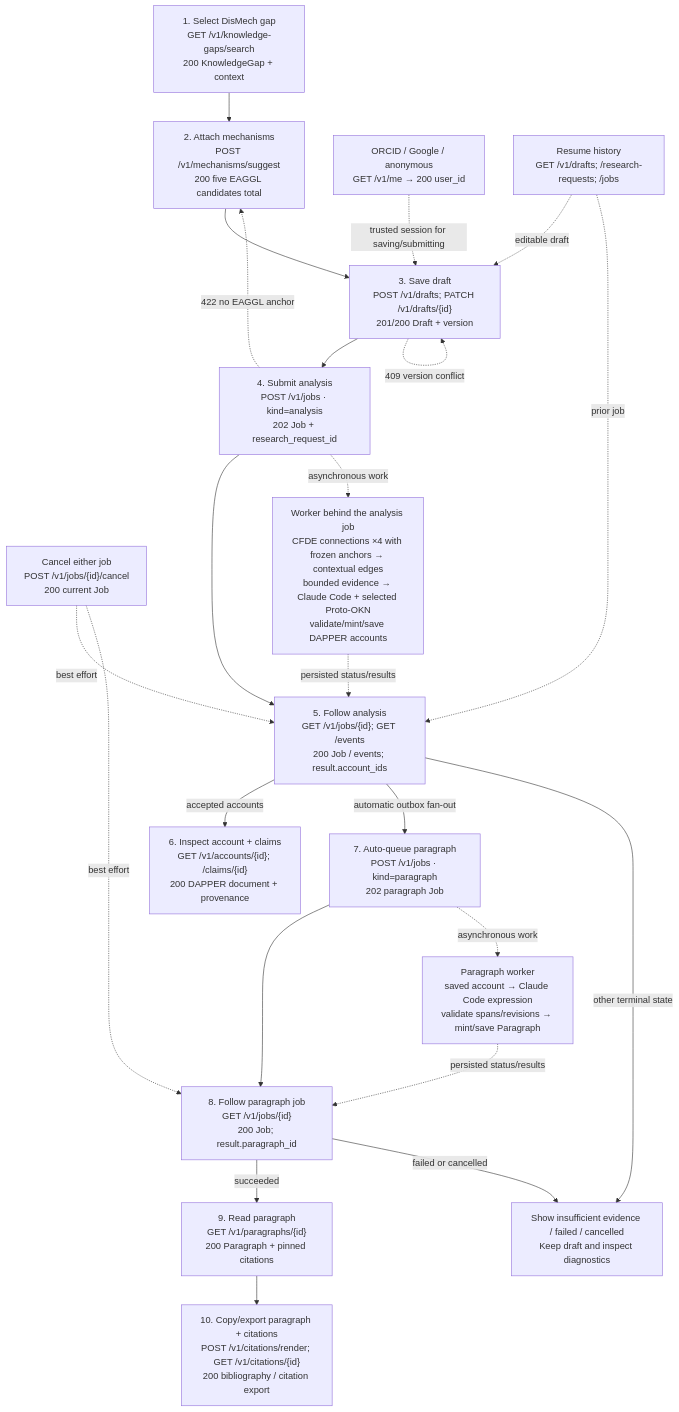
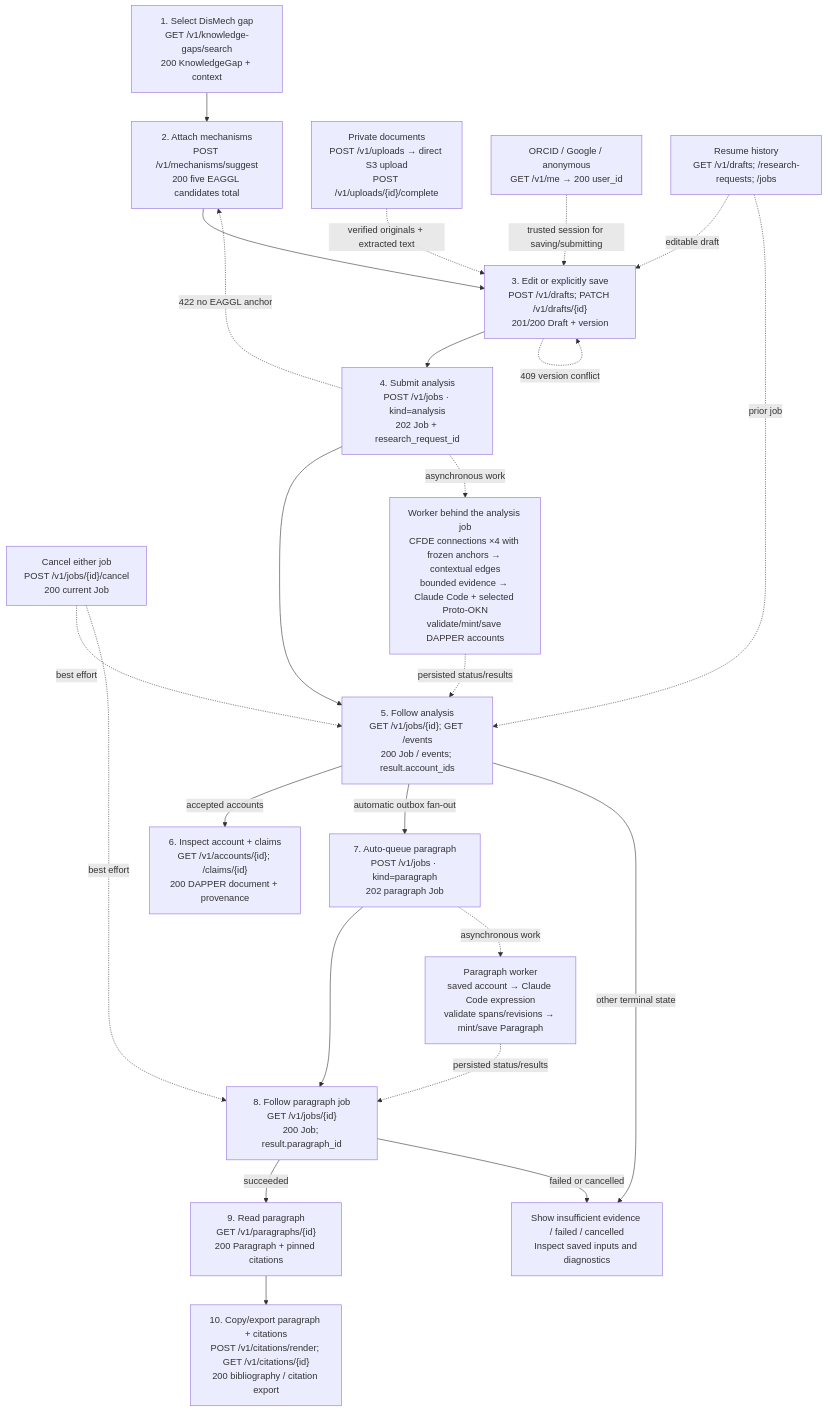
One commit to yakaboskic/reveal-mechanisms changed the diagram in api/flow.md. Above: the diagram before and after it, drawn with Mermaid. The commit also changed other lines of this file and 175 other files, not shown here.

````diff
--- a/api/flow.md
+++ b/api/flow.md
@@ -7,33 +7,34 @@
 ```mermaid
 flowchart TB
   G["1. Select DisMech gap<br/>GET /v1/knowledge-gaps/search<br/>200 KnowledgeGap + context"]
   M["2. Attach mechanisms<br/>POST /v1/mechanisms/suggest<br/>200 five EAGGL candidates total"]
-  D["3. Save draft<br/>POST /v1/drafts; PATCH /v1/drafts/{id}<br/>201/200 Draft + version"]
+  D["3. Edit or explicitly save<br/>POST /v1/drafts; PATCH /v1/drafts/{id}<br/>201/200 Draft + version"]
   A["4. Submit analysis<br/>POST /v1/jobs · kind=analysis<br/>202 Job + research_request_id"]
   J["5. Follow analysis<br/>GET /v1/jobs/{id}; GET /events<br/>200 Job / events; result.account_ids"]
   S["6. Inspect account + claims<br/>GET /v1/accounts/{id}; /claims/{id}<br/>200 DAPPER document + provenance"]
   P["7. Auto-queue paragraph<br/>POST /v1/jobs · kind=paragraph<br/>202 paragraph Job"]
   Q["8. Follow paragraph job<br/>GET /v1/jobs/{id}<br/>200 Job; result.paragraph_id"]
   T["9. Read paragraph<br/>GET /v1/paragraphs/{id}<br/>200 Paragraph + pinned citations"]
   C["10. Copy/export paragraph + citations<br/>POST /v1/citations/render; GET /v1/citations/{id}<br/>200 bibliography / citation export"]
+  U["Private documents<br/>POST /v1/uploads → direct S3 upload<br/>POST /v1/uploads/{id}/complete"] -. verified originals + extracted text .-> D
   G --> M --> D --> A --> J
   J -->|accepted accounts| S
   J -->|automatic outbox fan-out| P --> Q
   Q -->|succeeded| T --> C
   I["ORCID / Google / anonymous<br/>GET /v1/me → 200 user_id"] -. trusted session for saving/submitting .-> D
   H["Resume history<br/>GET /v1/drafts; /research-requests; /jobs"] -. editable draft .-> D
   H -. prior job .-> J
   D -. 409 version conflict .-> D
   A -. 422 no EAGGL anchor .-> M
   X["Cancel either job<br/>POST /v1/jobs/{id}/cancel<br/>200 current Job"] -. best effort .-> J
   X -. best effort .-> Q
-  F["Show insufficient evidence / failed / cancelled<br/>Keep draft and inspect diagnostics"]
+  F["Show insufficient evidence / failed / cancelled<br/>Inspect saved inputs and diagnostics"]
   J -->|other terminal state| F
   Q -->|failed or cancelled| F
   W["Worker behind the analysis job<br/>CFDE connections ×4 with frozen anchors → contextual edges<br/>bounded evidence → Claude Code + selected Proto-OKN<br/>validate/mint/save DAPPER accounts"]
   A -. asynchronous work .-> W
   W -. persisted status/results .-> J
   V["Paragraph worker<br/>saved account → Claude Code expression<br/>validate spans/revisions → mint/save Paragraph"]
   P -. asynchronous work .-> V
   V -. persisted status/results .-> Q
 ```
````
